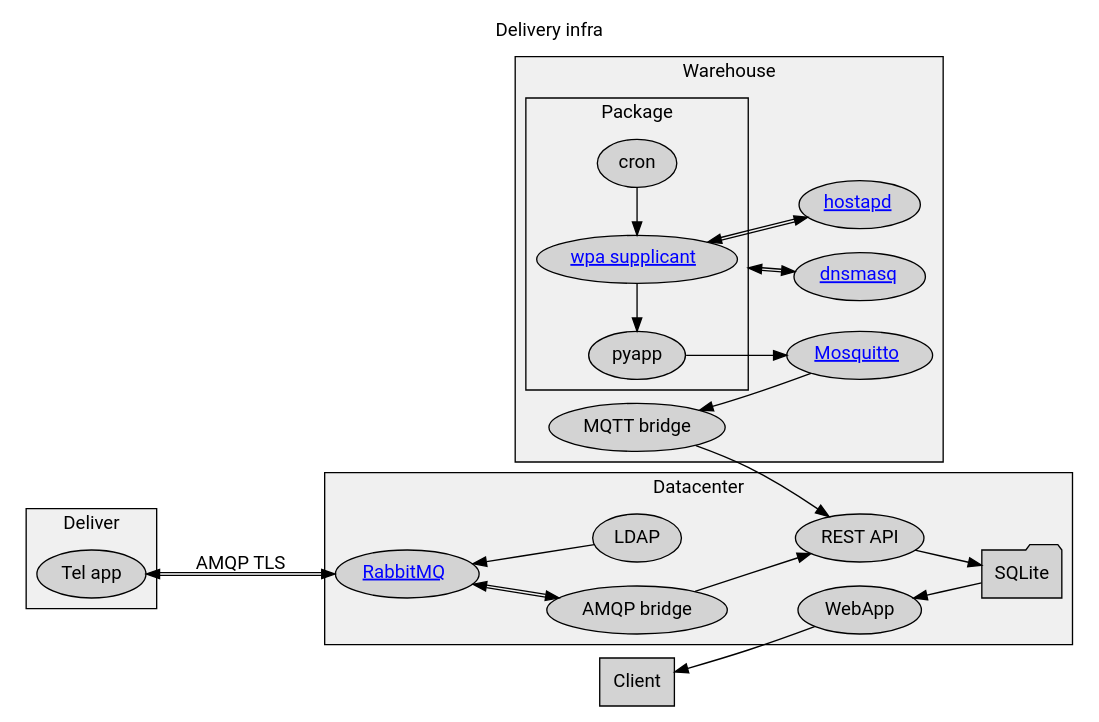
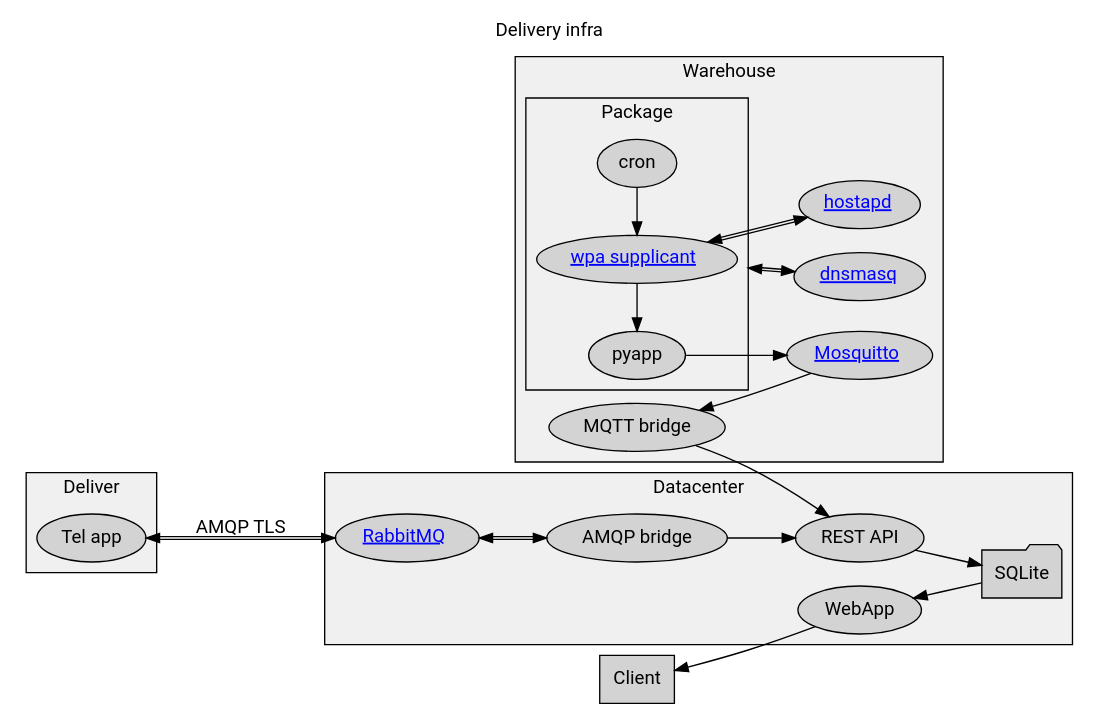
One commit to nini-51/704-707_POIDEVIN_ETIENNE changed the diagram in docs/delivery-infra.dot. Above: the diagram before and after it, drawn with Graphviz. The commit also changed 10 other files, not shown here.

```diff
--- a/docs/delivery-infra.dot
+++ b/docs/delivery-infra.dot
@@ -1,96 +1,93 @@
 // Louis Poidevin - 2023
 
 digraph "Delivery infra" {
 label="Delivery infra"
 tooltip=" "
 labelloc=t
 rankdir=LR
 compound=true
 fontname="'Roboto', sans-serif"
 graph[style=filled fillcolor=grey94]
 node [style=filled fontname="'Roboto', sans-serif" tooltip=" "]
 edge [fontname="'Roboto', sans-serif" tooltip=" "]
 
 subgraph cluster_datacenter {
 label="Datacenter"
 rabbit [
   target="_top"
   URL="https://www.rabbitmq.com/"
   label=<<font color='blue'><u>RabbitMQ</u></font>>
 ]
 beaver [label="AMQP bridge"]
 feather [label="SQLite" shape=folder]
 octopus [label="REST API"]
 fox [label="WebApp"]
-
-ldap [label="LDAP"]
 }
 
 subgraph cluster_warehouse {
 label="Warehouse"
 mosquitto [
   target="_top"
   URL="https://www.mosquitto.org/"
   label=<<font color='blue'><u>Mosquitto</u></font>>
 ]
 dnsmasq [
   target="_top"
   URL="https://thekelleys.org.uk/dnsmasq/doc.html"
   label=<<font color='blue'><u>dnsmasq</u></font>>
 ]
 hostapd [
   target="_top"
   URL="https://w1.fi/hostapd/"
   label=<<font color='blue'><u>hostapd</u></font>>
 ]
 bridge [label="MQTT bridge"]
 
 subgraph cluster_package {
   label="Package"
   pyapp [label="pyapp"]
   cron [label="cron"]
   wpa_supplicant [
     target="_top"
     URL="https://w1.fi/wpa_supplicant/"
     label=<<font color='blue'><u>wpa supplicant</u></font>>
   ]
 }
 }
 
 subgraph cluster_deliver {
   label="Deliver"
   telapp [label="Tel app"]
 }
 
 client [label="Client" shape=box]
 
 // Package process
 
 cron -> wpa_supplicant [constraint=false]
 wpa_supplicant -> hostapd [dir=both color="black:black"]
 wpa_supplicant -> dnsmasq [dir=both color="black:black" ltail=cluster_package]
 wpa_supplicant -> pyapp [constraint=false]
 pyapp -> mosquitto
 
 // Warehouse process
 
 mosquitto -> bridge [constraint=false]
 //octopus -> bridge [style=invis]
 bridge -> octopus
 
 // Datacenter process
 
 octopus -> feather
 fox -> feather [dir=back]
 rabbit -> beaver [dir=both color="black:black"]
-rabbit -> ldap [dir=back]
 beaver -> octopus
 
 // Deliver process
 
 telapp -> rabbit [label="AMQP TLS" minlen=2 dir=both color="black:black"]
 
 // Client process
 
 client -> fox [dir=back]
 }
```
